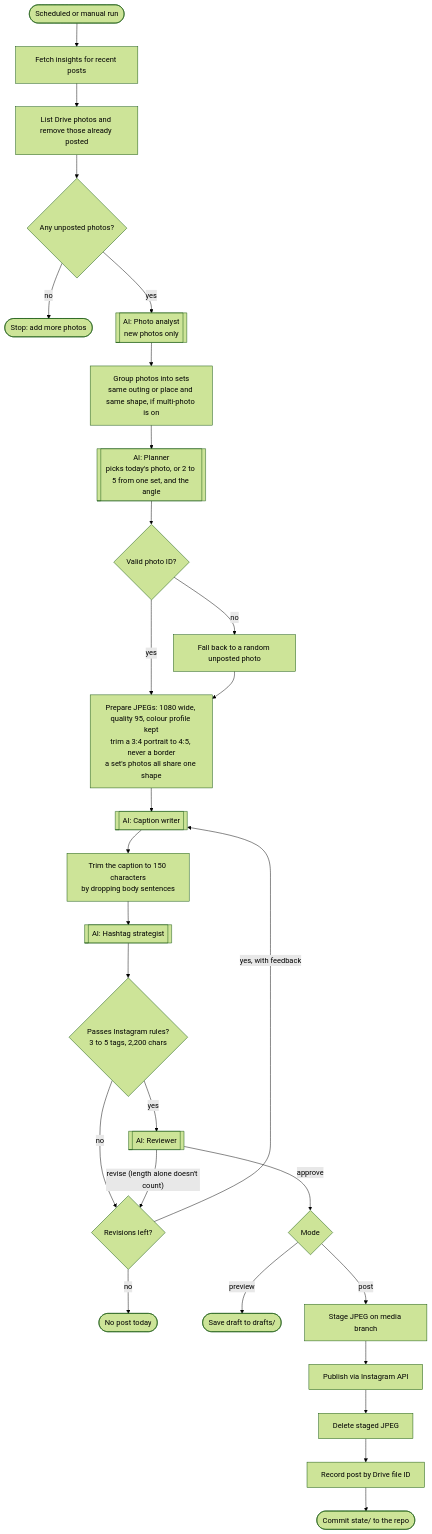
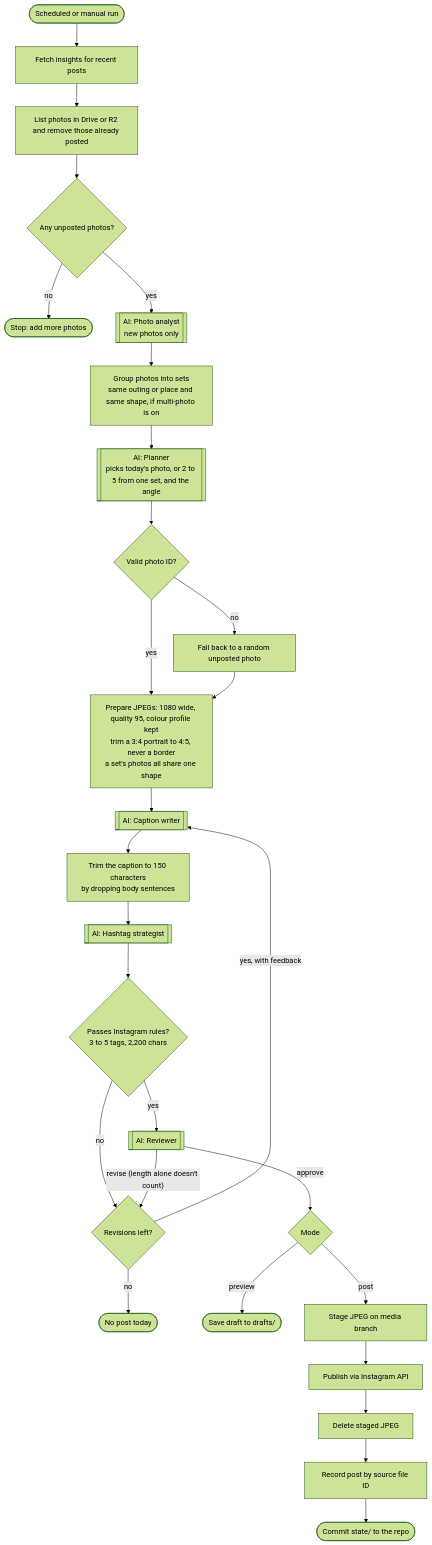
One commit to sritajkumarpatel/instaPostsForge changed the second of 3 diagrams in docs/ARCHITECTURE.md. Above: the diagram before and after it, drawn with Mermaid (forest theme). The commit also changed other lines of this file and 4 other files, not shown here.

First line of the commit message:
Docs: photos from Google Drive or Cloudflare R2

````diff
--- a/docs/ARCHITECTURE.md
+++ b/docs/ARCHITECTURE.md
@@ -30,30 +30,30 @@
 ```mermaid
 flowchart TD
     Start([Scheduled or manual run]) --> Insights[Fetch insights for recent posts]
-    Insights --> List[List Drive photos and remove those already posted]
+    Insights --> List[List photos in Drive or R2 and remove those already posted]
     List --> Empty{Any unposted photos?}
     Empty -- no --> Stop([Stop: add more photos])
     Empty -- yes --> Analyst[["AI: Photo analyst<br/>new photos only"]]
     Analyst --> Sets[Group photos into sets<br/>same outing or place and same shape, if multi-photo is on]
     Sets --> Planner[["AI: Planner<br/>picks today's photo, or 2 to 5 from one set, and the angle"]]
     Planner --> ValidPick{Valid photo ID?}
     ValidPick -- no --> Random[Fall back to a random unposted photo]
     ValidPick -- yes --> Prepare
     Random --> Prepare[Prepare JPEGs: 1080 wide, quality 95, colour profile kept<br/>trim a 3:4 portrait to 4:5, never a border<br/>a set's photos all share one shape]
     Prepare --> Writer[["AI: Caption writer"]]
     Writer --> Trim[Trim the caption to 150 characters<br/>by dropping body sentences]
     Trim --> Tags[["AI: Hashtag strategist"]]
     Tags --> Rules{"Passes Instagram rules?<br/>3 to 5 tags, 2,200 chars"}
     Rules -- no --> Retry{Revisions left?}
     Rules -- yes --> Reviewer[["AI: Reviewer"]]
     Reviewer -- "revise (length alone doesn't count)" --> Retry
     Retry -- yes, with feedback --> Writer
     Retry -- no --> Skip([No post today])
     Reviewer -- approve --> Mode{Mode}
     Mode -- preview --> Draft([Save draft to drafts/])
     Mode -- post --> Stage[Stage JPEG on media branch]
     Stage --> Publish[Publish via Instagram API]
     Publish --> Cleanup[Delete staged JPEG]
-    Cleanup --> Record[Record post by Drive file ID]
+    Cleanup --> Record[Record post by source file ID]
     Record --> Commit([Commit state/ to the repo])
 ```
````
